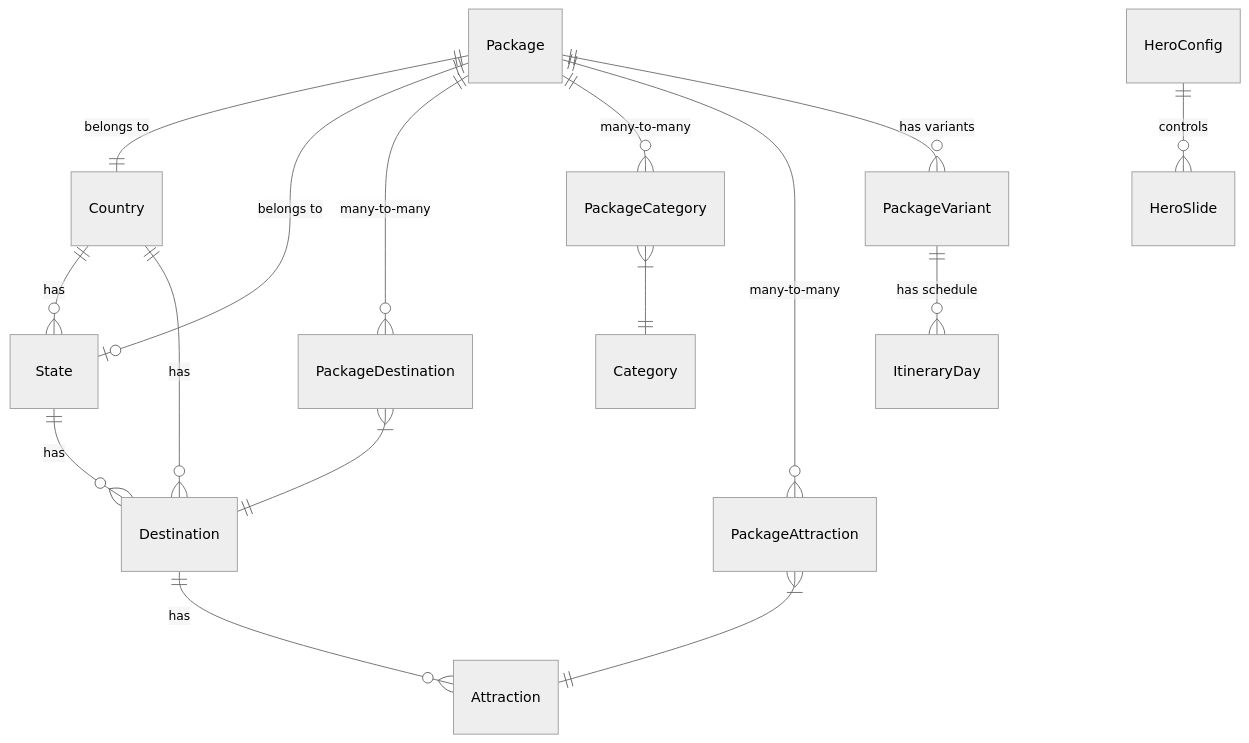
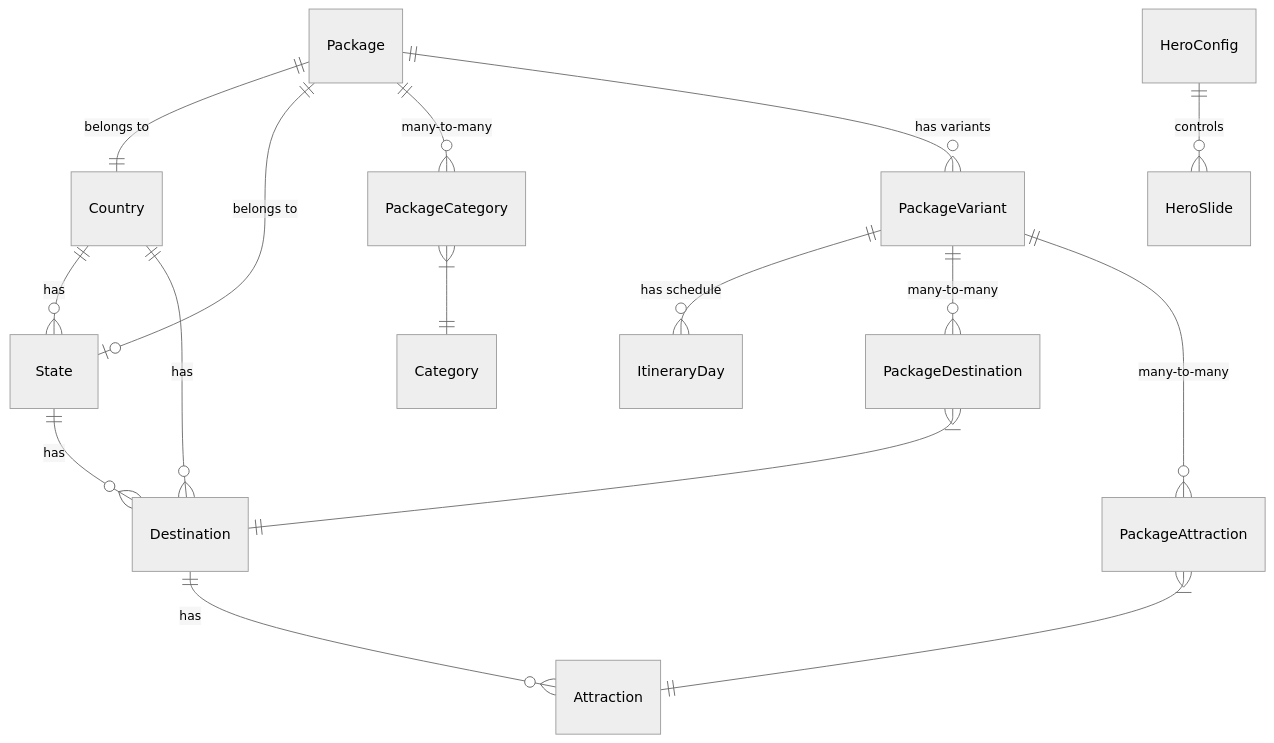
The diagram in prisma/SCHEMA.md (tourtravelsmotherindia/motherindiatourtravels), drawn with Mermaid (neutral theme) before and after one commit. The commit also changed other lines of this file and 10 other files, not shown here.

````diff
--- a/prisma/SCHEMA.md
+++ b/prisma/SCHEMA.md
@@ -9,23 +9,22 @@
 ```mermaid
 erDiagram
     Country ||--o{ State : "has"
     Country ||--o{ Destination : "has"
     State ||--o{ Destination : "has"
     Destination ||--o{ Attraction : "has"
 
     Package ||--|| Country : "belongs to"
     Package ||--o| State : "belongs to"
-
-    Package ||--o{ PackageDestination : "many-to-many"
     Package ||--o{ PackageCategory : "many-to-many"
-    Package ||--o{ PackageAttraction : "many-to-many"
-
-    PackageDestination }|--|| Destination : ""
     PackageCategory }|--|| Category : ""
-    PackageAttraction }|--|| Attraction : ""
 
     Package ||--o{ PackageVariant : "has variants"
     PackageVariant ||--o{ ItineraryDay : "has schedule"
+    PackageVariant ||--o{ PackageDestination : "many-to-many"
+    PackageVariant ||--o{ PackageAttraction : "many-to-many"
+
+    PackageDestination }|--|| Destination : ""
+    PackageAttraction }|--|| Attraction : ""
 
     HeroConfig ||--o{ HeroSlide : "controls"
 ```
````
